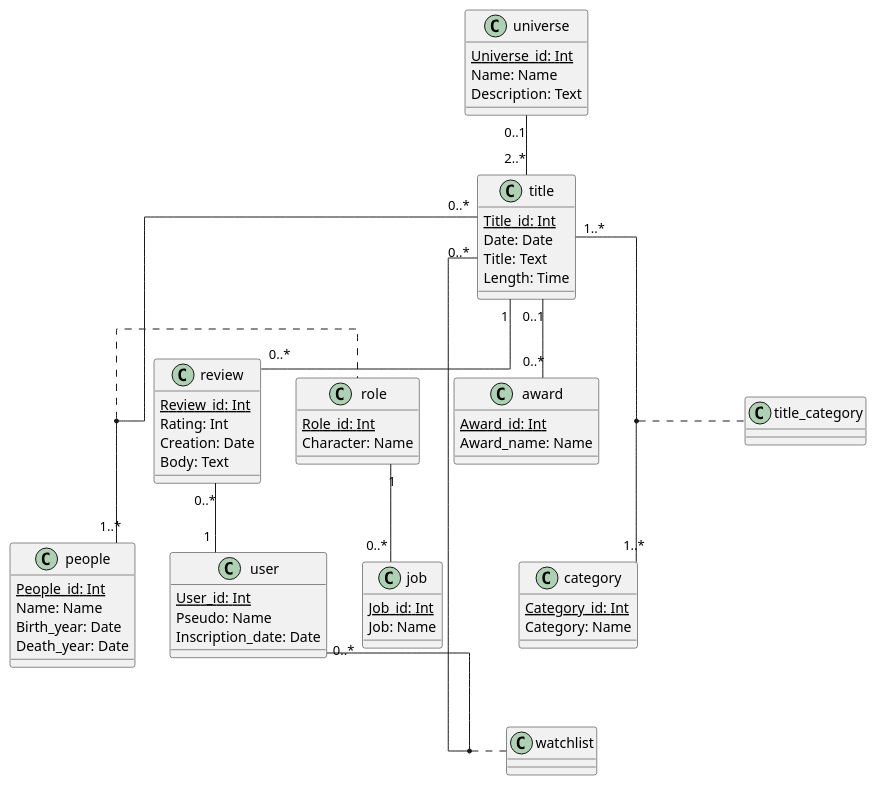
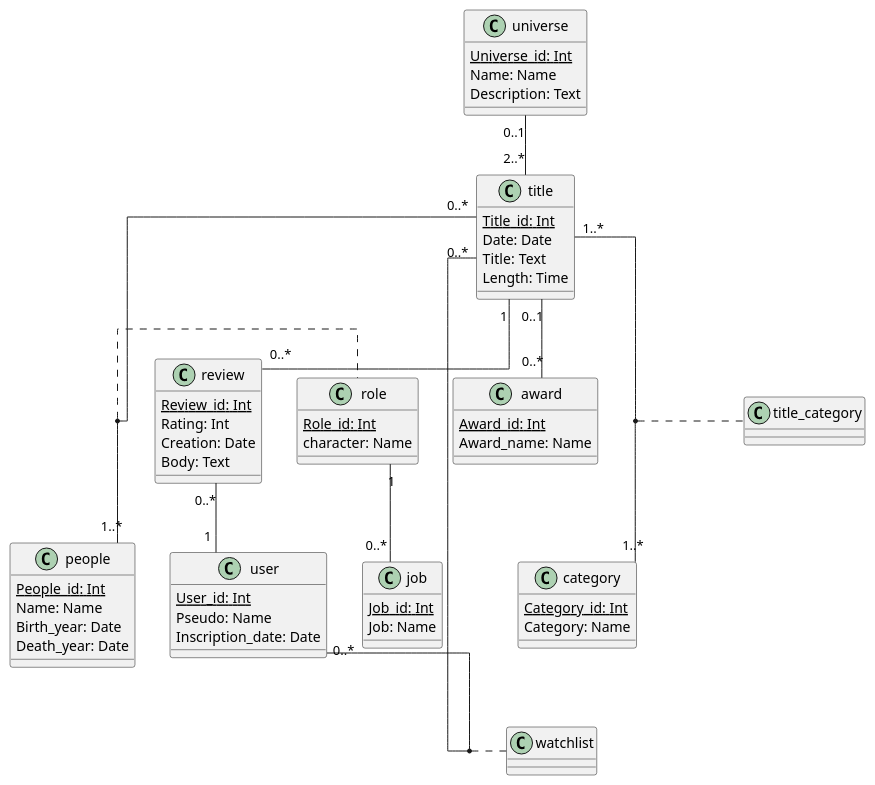
The diagram in checkpoint1/class_normalization.puml (bilboque/MOOVIE_RECOMMENDER), drawn with PlantUML before and after one commit. The commit also changed 2 other files, not shown here.

Commit message:
erd --> trash, class done ???

```diff
--- a/checkpoint1/class_normalization.puml
+++ b/checkpoint1/class_normalization.puml
@@ -1,75 +1,75 @@
 @startuml
 skinparam linetype ortho
 
 class universe {
     <U>Universe_id: Int
 	Name: Name
     Description: Text
 }
 
 class title {
     <U>Title_id: Int
     Date: Date
     Title: Text
     Length: Time
 }
 
 class award {
     <U>Award_id: Int
     Award_name: Name
 }
 
 class category {
 		<U>Category_id: Int
     	Category: Name
 }
 
 class people {
     <U>People_id: Int
 	Name: Name
     Birth_year: Date
     Death_year: Date
 }
 
 class watchlist {
 }
 
 class user {
     <U>User_id: Int
 	Pseudo: Name
     Inscription_date: Date
 }
 
 class review {
     <U>Review_id: Int
     Rating: Int
     Creation: Date
     Body: Text
 }
 
 class role {
     <U>Role_id: Int
-	Character: Name
+    character: Name
 }
 
 class job {
     <U>Job_id: Int
 	Job: Name
 }
 
 class title_category{
 }
 
 universe "0..1" -- "2..*" title
 title "0..*" -- "1..*" people
 title "1" -- "0..*" review
 title "0..1" -- "0..*" award
 title "1..*" -- "1..*" category
 review "0..*" -- "1" user
 user "0..*" -- "0..*" title
 role "1" -- "0..*" job
 
 (title, people) .. role
 (title, user) .. watchlist
 (title, category) .. title_category
 @enduml
```
